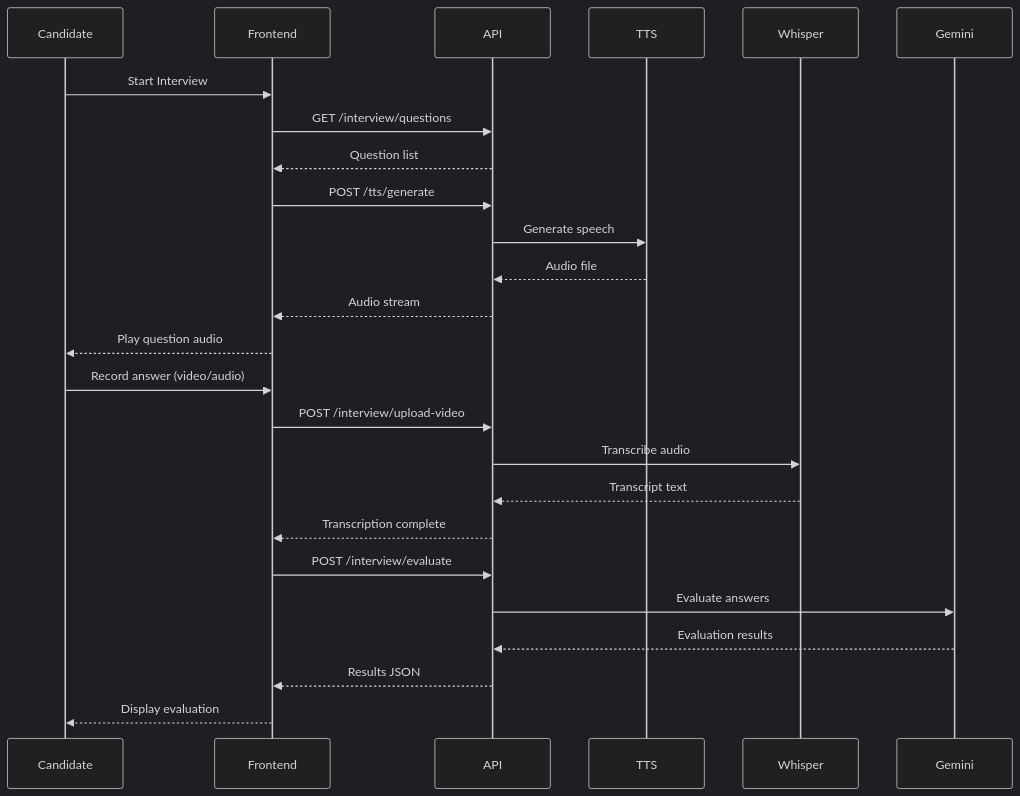
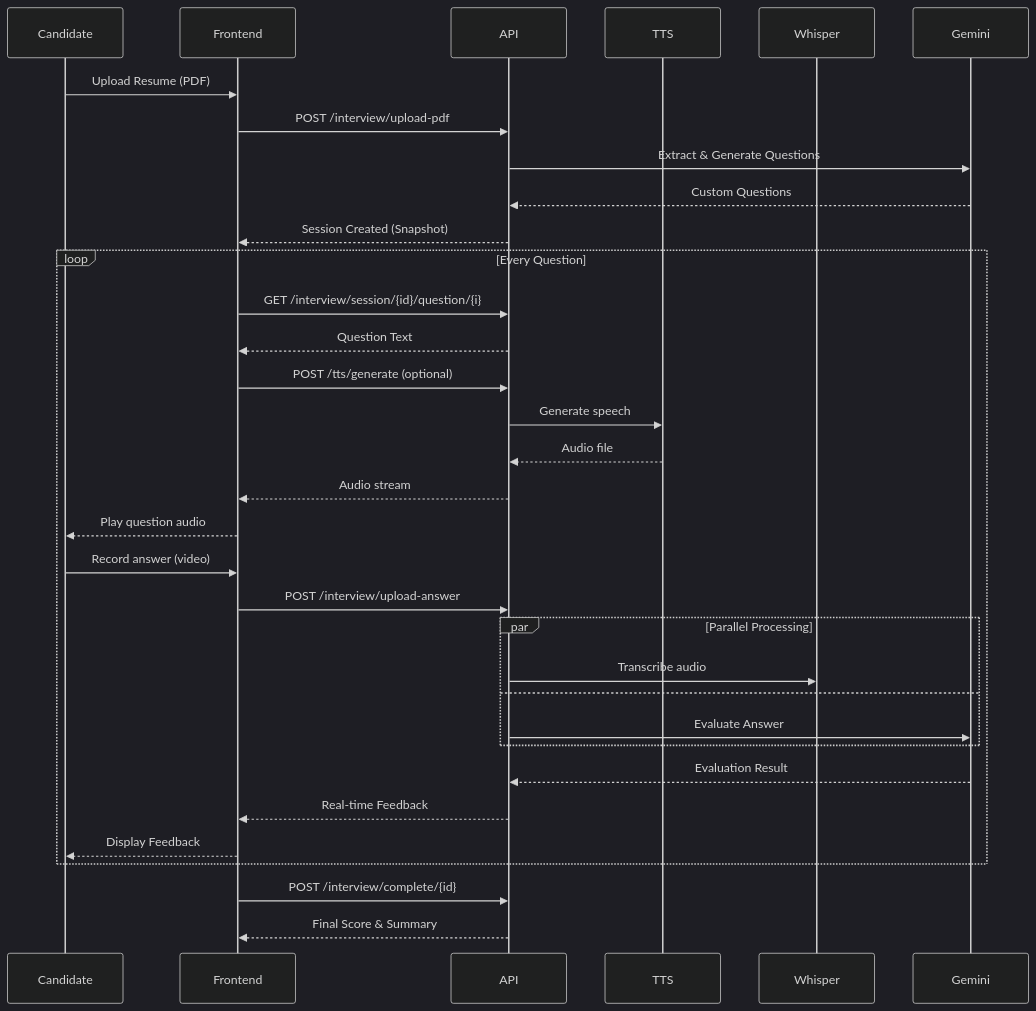
One commit to folknawatt/ai-interview changed the third of 4 diagrams in docs/architecture/overview.md. Above: the diagram before and after it, drawn with Mermaid (dark theme). The commit also changed other lines of this file and 1 other file, not shown here.

Commit message:
docs: update API documentation with missing endpoints
- Add POST /auth/register and POST /auth/init-admin to docs/api/README.md.

- Add GET /hr/roles/{role_id} and GET /tts/audio/{filename} to docs/api/README.md.

- Update API structure tree in docs/architecture/overview.md.

````diff
--- a/docs/architecture/overview.md
+++ b/docs/architecture/overview.md
@@ -102,31 +102,42 @@
 ```mermaid
 sequenceDiagram
     participant Candidate
     participant Frontend
     participant API
     participant TTS
     participant Whisper
     participant Gemini
 
-    Candidate->>Frontend: Start Interview
-    Frontend->>API: GET /interview/questions
-    API-->>Frontend: Question list
+    Candidate->>Frontend: Upload Resume (PDF)
+    Frontend->>API: POST /interview/upload-pdf
+    API->>Gemini: Extract & Generate Questions
+    Gemini-->>API: Custom Questions
+    API-->>Frontend: Session Created (Snapshot)
 
-    Frontend->>API: POST /tts/generate
-    API->>TTS: Generate speech
-    TTS-->>API: Audio file
-    API-->>Frontend: Audio stream
-    Frontend-->>Candidate: Play question audio
+    loop Every Question
+        Frontend->>API: GET /interview/session/{id}/question/{i}
+        API-->>Frontend: Question Text
 
-    Candidate->>Frontend: Record answer (video/audio)
-    Frontend->>API: POST /interview/upload-video
-    API->>Whisper: Transcribe audio
-    Whisper-->>API: Transcript text
-    API-->>Frontend: Transcription complete
+        Frontend->>API: POST /tts/generate (optional)
+        API->>TTS: Generate speech
+        TTS-->>API: Audio file
+        API-->>Frontend: Audio stream
+        Frontend-->>Candidate: Play question audio
 
-    Frontend->>API: POST /interview/evaluate
-    API->>Gemini: Evaluate answers
-    Gemini-->>API: Evaluation results
-    API-->>Frontend: Results JSON
-    Frontend-->>Candidate: Display evaluation
+        Candidate->>Frontend: Record answer (video)
+        Frontend->>API: POST /interview/upload-answer
+
+        par Parallel Processing
+            API->>Whisper: Transcribe audio
+        and
+            API->>Gemini: Evaluate Answer
+        end
+
+        Gemini-->>API: Evaluation Result
+        API-->>Frontend: Real-time Feedback
+        Frontend-->>Candidate: Display Feedback
+    end
+
+    Frontend->>API: POST /interview/complete/{id}
+    API-->>Frontend: Final Score & Summary
 ```
````
